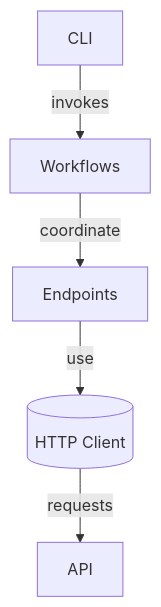
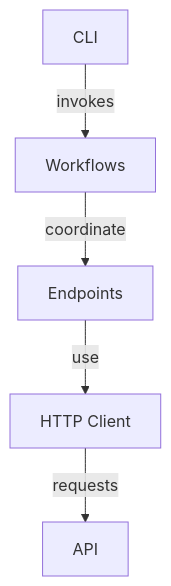
The first of 3 diagrams in docs/architecture.rst (fderuiter/imednet-python-sdk), drawn with Mermaid before and after one commit. The commit also changed other lines of this file and 6 other files, not shown here.

```diff
--- a/docs/architecture.rst
+++ b/docs/architecture.rst
@@ -11,7 +11,7 @@
 .. mermaid::
 
    graph TD
        CLI[CLI] --> |invokes| Workflows
        Workflows --> |coordinate| Endpoints
-       Endpoints --> |use| Client[(HTTP Client)]
+       Endpoints --> |use| Client[HTTP Client]
        Client --> |requests| API
```
